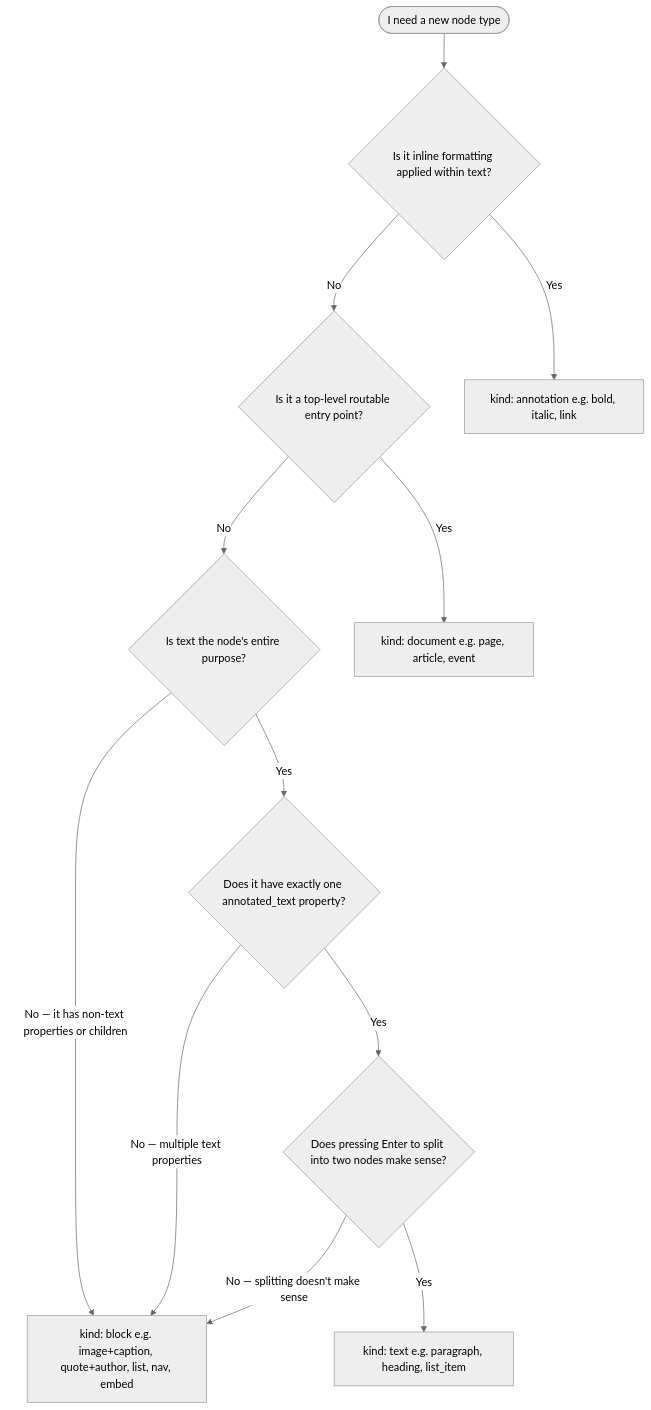
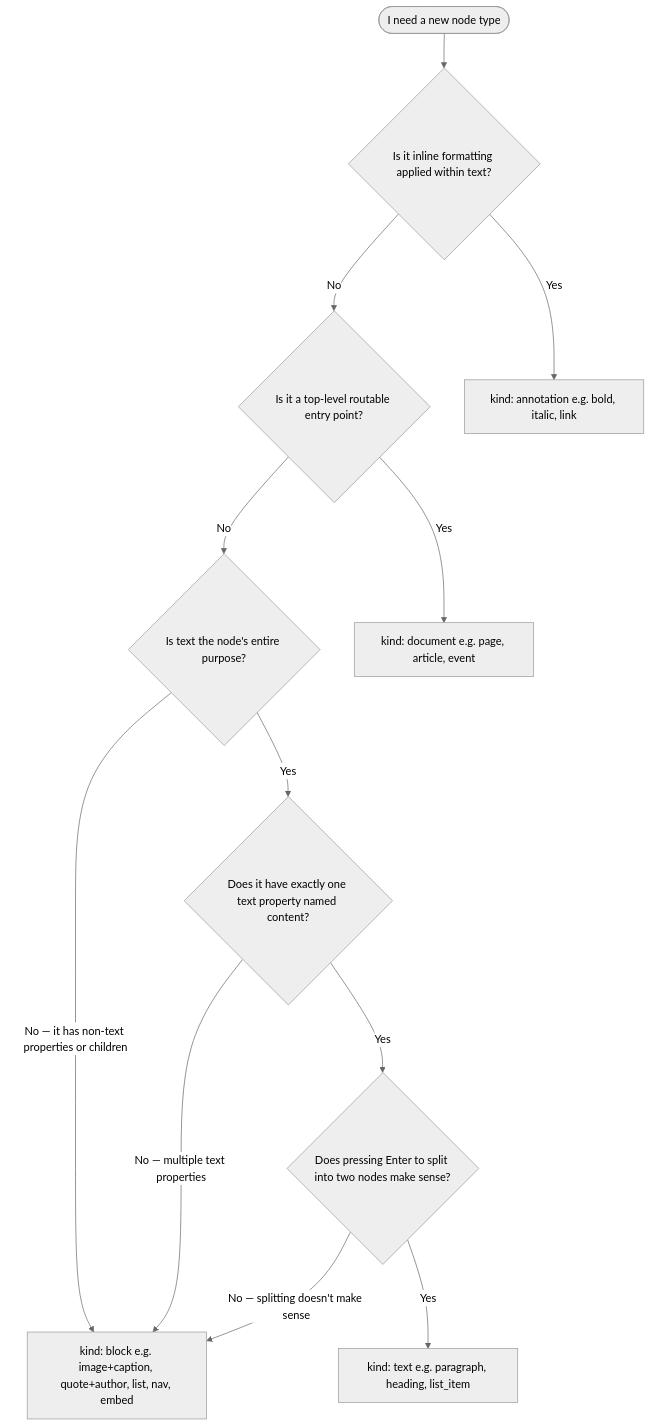
Before and after one commit to michael/svedit: the diagram in README.md, drawn with Mermaid (neutral theme). The commit also changed other lines of this file and 1 other file, not shown here.

````diff
--- a/README.md
+++ b/README.md
@@ -84,26 +84,26 @@
 ```mermaid
 flowchart TD
     Start(["I need a new node type"])
     Q1{"Is it inline formatting applied within text?"}
     Q2{"Is it a top-level routable entry point?"}
     Q3{"Is text the node's entire purpose?"}
-    Q4{"Does it have exactly one annotated_text property?"}
+    Q4{"Does it have exactly one text property named content?"}
     Q5{"Does pressing Enter to split into two nodes make sense?"}
 
     KindAnnotation["kind: annotation e.g. bold, italic, link"]
     KindDocument["kind: document e.g. page, article, event"]
     KindBlock["kind: block e.g. image+caption, quote+author, list, nav, embed"]
     KindText["kind: text e.g. paragraph, heading, list_item"]
 
     Start --> Q1
     Q1 -->|Yes| KindAnnotation
     Q1 -->|No| Q2
     Q2 -->|Yes| KindDocument
     Q2 -->|No| Q3
     Q3 -->|"No — it has non-text properties or children"| KindBlock
     Q3 -->|Yes| Q4
     Q4 -->|"No — multiple text properties"| KindBlock
     Q4 -->|Yes| Q5
     Q5 -->|"No — splitting doesn't make sense"| KindBlock
     Q5 -->|Yes| KindText
 ```
````
